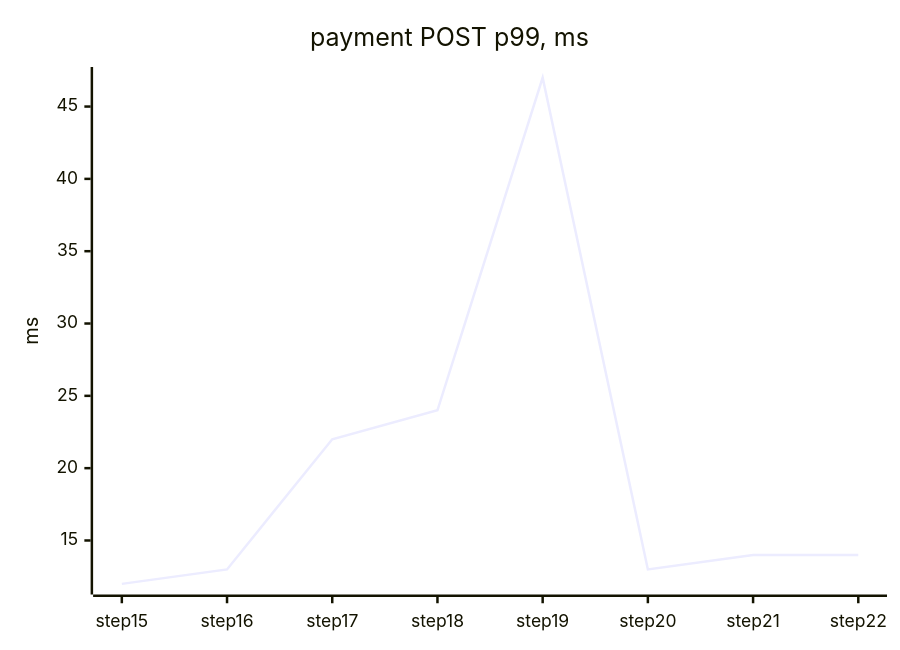
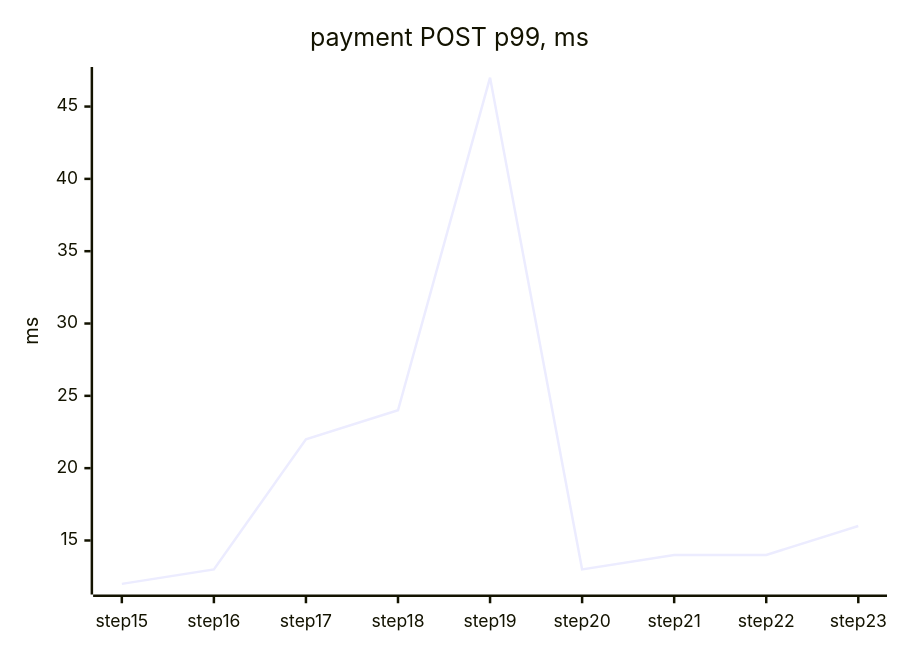
One commit to tanvoid0/ledgerflow changed the third of 4 diagrams in docs/perf/README.md. Above: the diagram before and after it, drawn with Mermaid. The commit also changed other lines of this file and 5 other files, not shown here.

````diff
--- a/docs/perf/README.md
+++ b/docs/perf/README.md
@@ -94,7 +97,7 @@
 ```mermaid
 xychart-beta
     title "payment POST p99, ms"
-    x-axis ["step15", "step16", "step17", "step18", "step19", "step20", "step21", "step22"]
+    x-axis ["step15", "step16", "step17", "step18", "step19", "step20", "step21", "step22", "step23"]
     y-axis "ms"
-    line [12, 13, 22, 24, 47, 13, 14, 14]
+    line [12, 13, 22, 24, 47, 13, 14, 14, 16]
 ```
````
